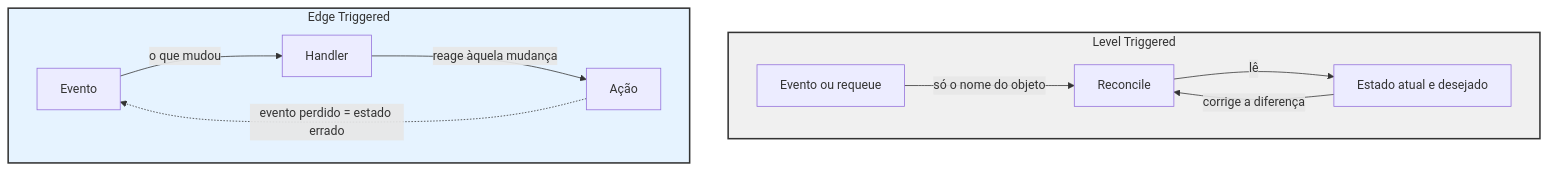
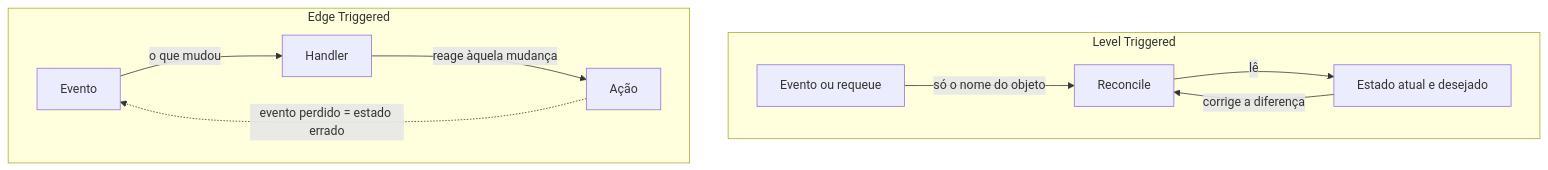
One commit to cloud104/tcloud-devops-k8s-operators-training changed the first of 9 diagrams in docs/extras/advanced-operator-patterns.md. Above: the diagram before and after it, drawn with Mermaid. The commit also changed other lines of this file and 6 other files, not shown here.

First line of the commit message:
docs: revisa material teorico, corrige APIs e melhora diagramas

````diff
--- a/docs/extras/advanced-operator-patterns.md
+++ b/docs/extras/advanced-operator-patterns.md
@@ -10,17 +9,14 @@
 ```mermaid
 flowchart TD
     subgraph LT ["Level Triggered"]
         L1[Evento ou requeue] -->|"só o nome do objeto"| L2[Reconcile]
         L2 -->|"lê"| L3[Estado atual e desejado]
         L3 -->|"corrige a diferença"| L2
     end
 
     subgraph ET ["Edge Triggered"]
         E1[Evento] -->|"o que mudou"| E2[Handler]
         E2 -->|"reage àquela mudança"| E3[Ação]
         E3 -.->|"evento perdido = estado errado"| E1
     end
-
-    style LT fill:#f0f0f0,stroke:#333,stroke-width:2px
-    style ET fill:#e6f3ff,stroke:#333,stroke-width:2px
 ```
````
